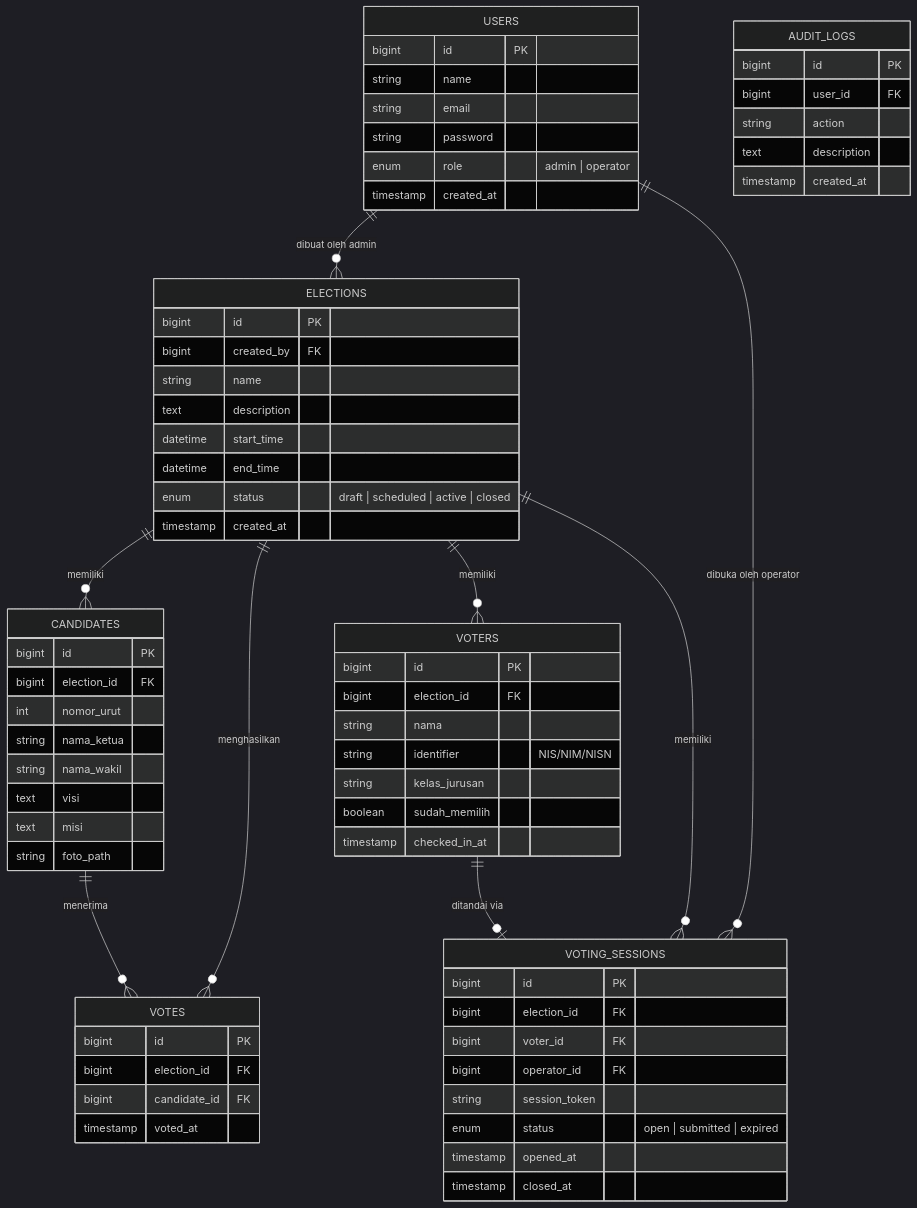
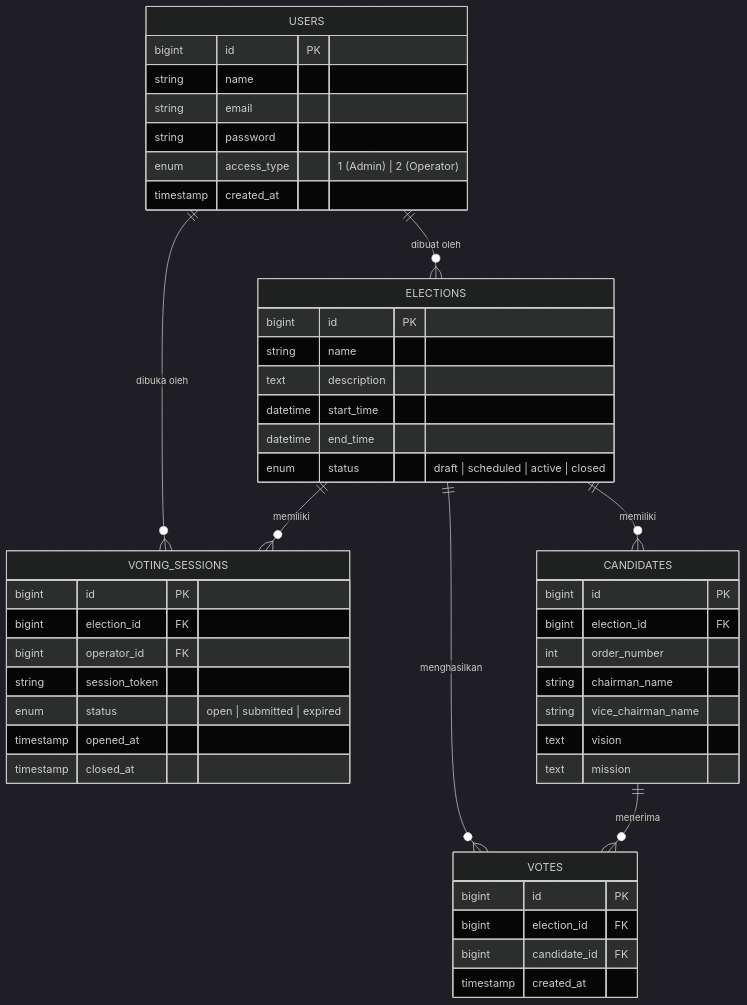
One commit to Adityamewmew/smartVoting changed the fourth of 4 diagrams in docs/prd (1).md. Above: the diagram before and after it, drawn with Mermaid (dark theme). The commit also changed other lines of this file, not shown here.

````diff
--- a/docs/prd (1).md
+++ b/docs/prd (1).md
@@ -122,78 +112,54 @@
 ```mermaid
 erDiagram
-    USERS ||--o{ ELECTIONS : "dibuat oleh admin"
-    USERS ||--o{ VOTING_SESSIONS : "dibuka oleh operator"
+    USERS ||--o{ ELECTIONS : "dibuat oleh"
+    USERS ||--o{ VOTING_SESSIONS : "dibuka oleh"
     ELECTIONS ||--o{ CANDIDATES : memiliki
-    ELECTIONS ||--o{ VOTERS : memiliki
     ELECTIONS ||--o{ VOTES : menghasilkan
     ELECTIONS ||--o{ VOTING_SESSIONS : memiliki
     CANDIDATES ||--o{ VOTES : menerima
-    VOTERS ||--o| VOTING_SESSIONS : "ditandai via"
 
     USERS {
         bigint id PK
         string name
         string email
         string password
-        enum role "admin | operator"
+        enum access_type "1 (Admin) | 2 (Operator)"
         timestamp created_at
     }
 
     ELECTIONS {
         bigint id PK
-        bigint created_by FK
         string name
         text description
         datetime start_time
         datetime end_time
         enum status "draft | scheduled | active | closed"
-        timestamp created_at
     }
 
     CANDIDATES {
         bigint id PK
         bigint election_id FK
-        int nomor_urut
-        string nama_ketua
-        string nama_wakil
-        text visi
-        text misi
-        string foto_path
-    }
-
-    VOTERS {
-        bigint id PK
-        bigint election_id FK
-        string nama
-        string identifier "NIS/NIM/NISN"
-        string kelas_jurusan
-        boolean sudah_memilih
-        timestamp checked_in_at
+        int order_number
+        string chairman_name
+        string vice_chairman_name
+        text vision
+        text mission
     }
 
     VOTING_SESSIONS {
         bigint id PK
         bigint election_id FK
-        bigint voter_id FK
         bigint operator_id FK
         string session_token
         enum status "open | submitted | expired"
         timestamp opened_at
         timestamp closed_at
     }
 
     VOTES {
         bigint id PK
         bigint election_id FK
         bigint candidate_id FK
-        timestamp voted_at
-    }
-
-    AUDIT_LOGS {
-        bigint id PK
-        bigint user_id FK
-        string action
-        text description
         timestamp created_at
     }
 ```
````
